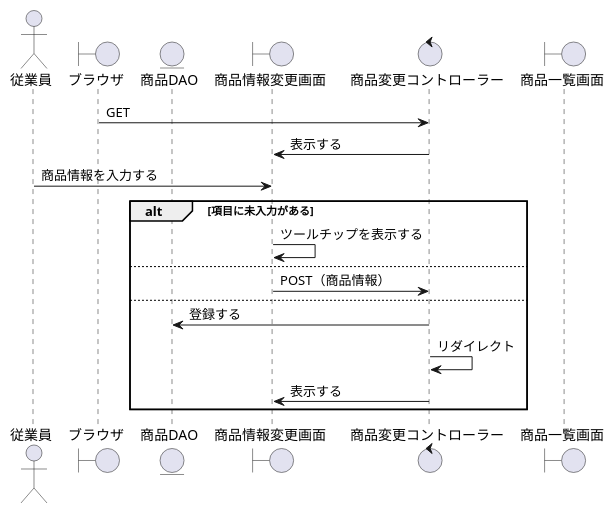
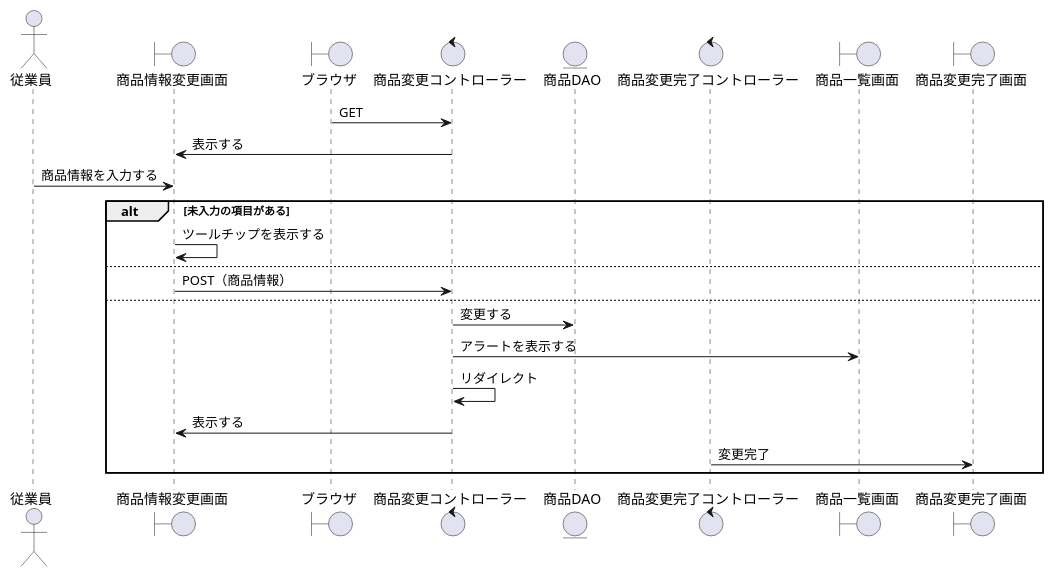
The diagram in BBショップ/商品変更.wsd (ysyk-wtnb16/team_D), drawn with PlantUML before and after one commit.

Commit message:
は

```diff
--- a/BBショップ/商品変更.wsd
+++ b/BBショップ/商品変更.wsd
@@ -1,33 +1,30 @@
-@startuml syouhin_touroku
+@startuml syouhin_henkou
 actor "従業員" as act
 boundary "商品情報変更画面" as shb
 boundary "ブラウザ" as brz
+control "商品変更コントローラー" as shc
+entity "商品DAO" as product
+control "商品変更完了コントローラー" as shkc
+boundary "商品一覧画面" as sib
+boundary "商品変更完了画面" as shkb
 
-control "商品変更コントローラー" as shc
-
-entity "商品DAO" as account
-
-boundary "商品変更完了" as shb
-control "商品変更完了コントローラー" as shc
-
-boundary "商品一覧画面" as sib
-
-brz -> shc: GET
+shc <- brz: GET
 
 shb <- shc: 表示する
 
 act -> shb: 商品情報を入力する
 
-alt 項目に未入力がある
+alt 未入力の項目がある
     
     shb -> shb: ツールチップを表示する
 else
     shb -> shc: POST（商品情報）
 
     else
-        shc -> account: 登録する
-
+        shc -> product: 変更する
+        shc -> sib: アラートを表示する
         shc -> shc: リダイレクト
         shb <- shc: 表示する
+        shkc -> shkb: 変更完了
 end
 @enduml
```
